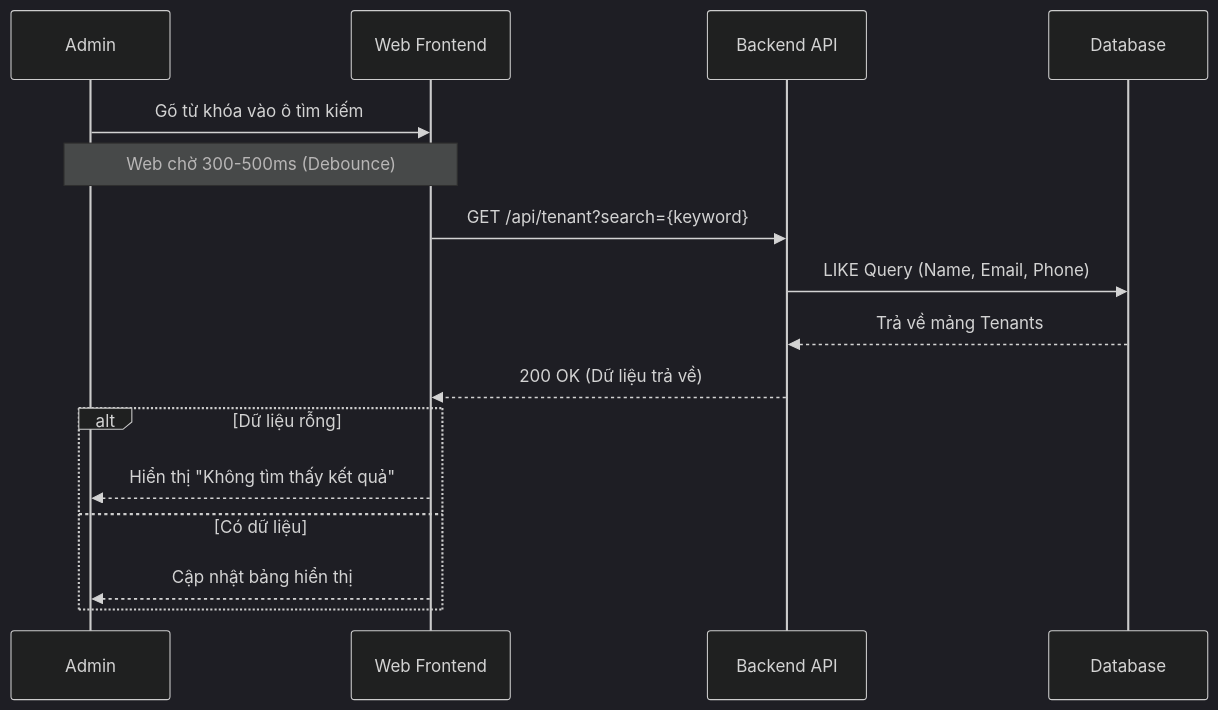
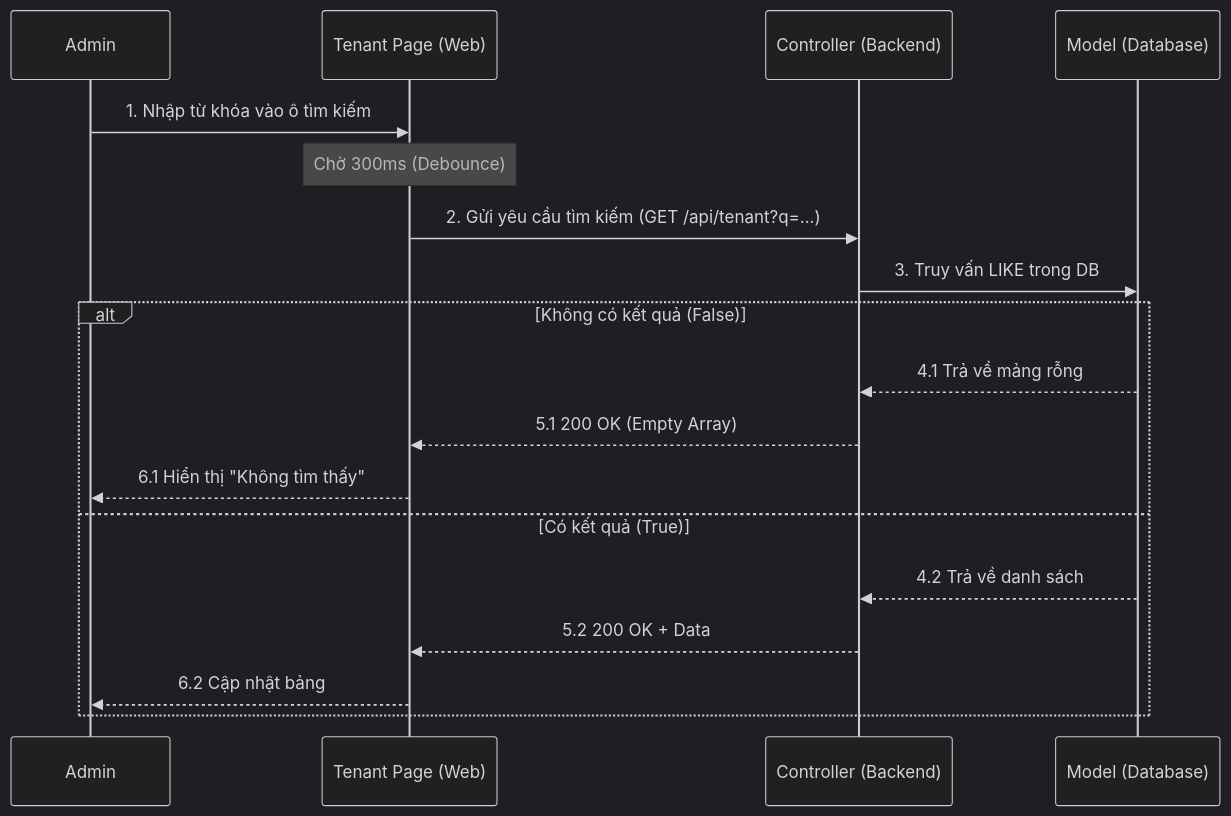
One commit to ngogiaquyen/acw-srs changed the sixth of 13 diagrams in documents/sequence-diagrams.md. Above: the diagram before and after it, drawn with Mermaid (dark theme). The commit also changed other lines of this file and 5 other files, not shown here.

````diff
--- a/documents/sequence-diagrams.md
+++ b/documents/sequence-diagrams.md
@@ -64,20 +179,22 @@
 ```mermaid
 sequenceDiagram
     participant A as Admin
-    participant W as Web Frontend
-    participant B as Backend API
-    participant D as Database
+    participant W as Tenant Page (Web)
+    participant B as Controller (Backend)
+    participant D as Model (Database)
 
-    A->>W: Gõ từ khóa vào ô tìm kiếm
-    Note over A, W: Web chờ 300-500ms (Debounce)
-    W->>B: GET /api/tenant?search={keyword}
-    B->>D: LIKE Query (Name, Email, Phone)
-    D-->>B: Trả về mảng Tenants
-    B-->>W: 200 OK (Dữ liệu trả về)
+    A->>W: 1. Nhập từ khóa vào ô tìm kiếm
+    Note over W: Chờ 300ms (Debounce)
+    W->>B: 2. Gửi yêu cầu tìm kiếm (GET /api/tenant?q=...)
+    B->>D: 3. Truy vấn LIKE trong DB
     
-    alt Dữ liệu rỗng
-        W-->>A: Hiển thị "Không tìm thấy kết quả"
-    else Có dữ liệu
-        W-->>A: Cập nhật bảng hiển thị
+    alt Không có kết quả (False)
+        D-->>B: 4.1 Trả về mảng rỗng
+        B-->>W: 5.1 200 OK (Empty Array)
+        W-->>A: 6.1 Hiển thị "Không tìm thấy"
+    else Có kết quả (True)
+        D-->>B: 4.2 Trả về danh sách
+        B-->>W: 5.2 200 OK + Data
+        W-->>A: 6.2 Cập nhật bảng
     end
 ```
````
